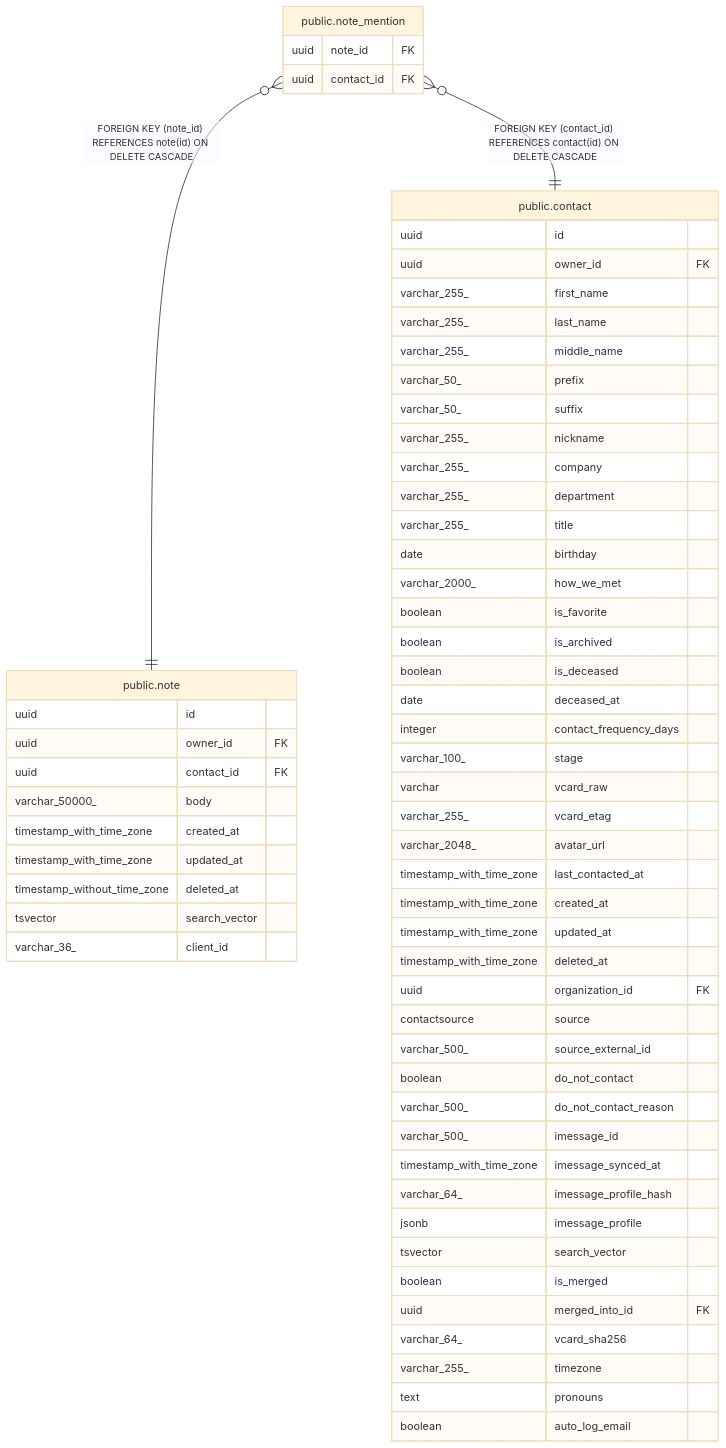
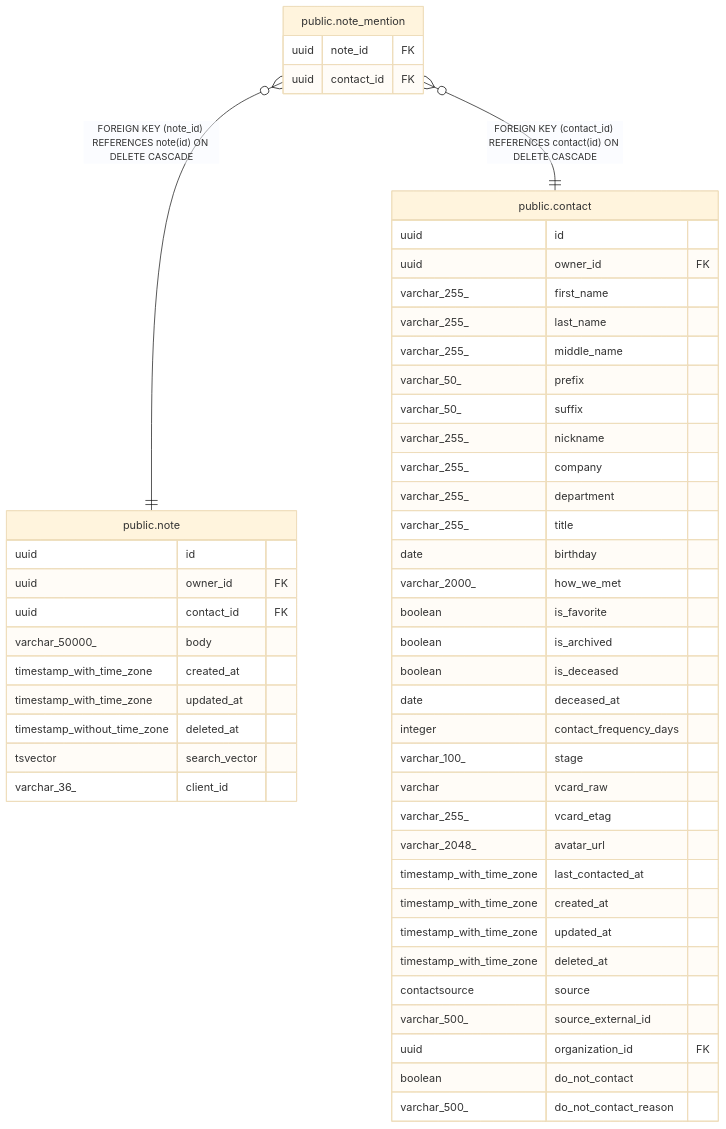
One commit to pike00/Kindred changed the diagram in docs/db/public.note_mention.md. Above: the diagram before and after it, drawn with Mermaid (base theme). The commit also changed 38 other files, not shown here.

````diff
--- a/docs/db/public.note_mention.md
+++ b/docs/db/public.note_mention.md
@@ -29,66 +29,55 @@
 ```mermaid
 erDiagram
 
 "public.note_mention" }o--|| "public.note" : "FOREIGN KEY (note_id) REFERENCES note(id) ON DELETE CASCADE"
 "public.note_mention" }o--|| "public.contact" : "FOREIGN KEY (contact_id) REFERENCES contact(id) ON DELETE CASCADE"
 
 "public.note_mention" {
   uuid note_id FK
   uuid contact_id FK
 }
 "public.note" {
   uuid id
   uuid owner_id FK
   uuid contact_id FK
   varchar_50000_ body
   timestamp_with_time_zone created_at
   timestamp_with_time_zone updated_at
   timestamp_without_time_zone deleted_at
   tsvector search_vector
   varchar_36_ client_id
 }
 "public.contact" {
   uuid id
   uuid owner_id FK
   varchar_255_ first_name
   varchar_255_ last_name
   varchar_255_ middle_name
   varchar_50_ prefix
   varchar_50_ suffix
   varchar_255_ nickname
   varchar_255_ company
   varchar_255_ department
   varchar_255_ title
   date birthday
   varchar_2000_ how_we_met
   boolean is_favorite
   boolean is_archived
   boolean is_deceased
   date deceased_at
   integer contact_frequency_days
   varchar_100_ stage
   varchar vcard_raw
   varchar_255_ vcard_etag
   varchar_2048_ avatar_url
   timestamp_with_time_zone last_contacted_at
   timestamp_with_time_zone created_at
   timestamp_with_time_zone updated_at
   timestamp_with_time_zone deleted_at
-  uuid organization_id FK
   contactsource source
   varchar_500_ source_external_id
+  uuid organization_id FK
   boolean do_not_contact
   varchar_500_ do_not_contact_reason
-  varchar_500_ imessage_id
-  timestamp_with_time_zone imessage_synced_at
-  varchar_64_ imessage_profile_hash
-  jsonb imessage_profile
-  tsvector search_vector
-  boolean is_merged
-  uuid merged_into_id FK
-  varchar_64_ vcard_sha256
-  varchar_255_ timezone
-  text pronouns
-  boolean auto_log_email
 }
 ```
````
